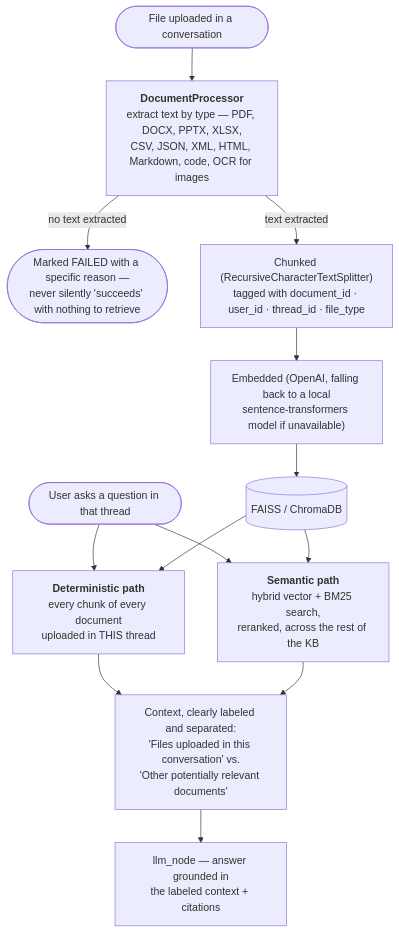
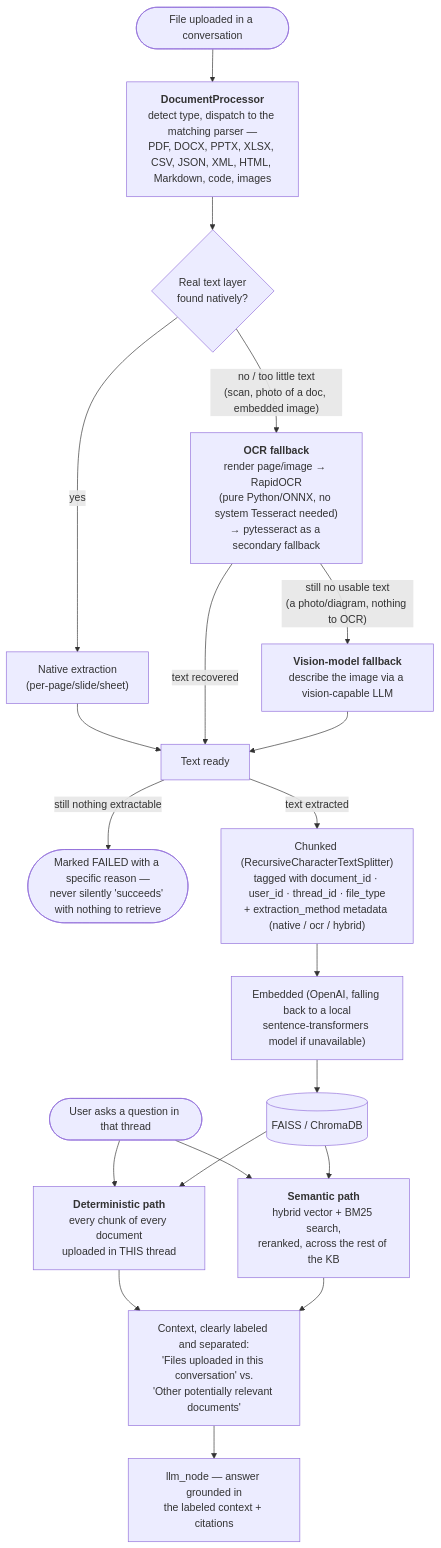
One commit to abduljaha/Lumina-Ai-Agent-Chatbot changed the third of 4 diagrams in README.md. Above: the diagram before and after it, drawn with Mermaid. The commit also changed other lines of this file and 64 other files, not shown here.

````diff
--- a/README.md
+++ b/README.md
@@ -128,17 +135,24 @@
 ```mermaid
 flowchart TD
-    UP(["File uploaded in a conversation"]) --> EXT["<b>DocumentProcessor</b><br/>extract text by type — PDF, DOCX, PPTX, XLSX,<br/>CSV, JSON, XML, HTML, Markdown, code, OCR for images"]
-    EXT -->|"no text extracted"| FAIL(["Marked FAILED with a specific reason —<br/>never silently 'succeeds' with nothing to retrieve"])
-    EXT -->|"text extracted"| CHUNK["Chunked (RecursiveCharacterTextSplitter)<br/>tagged with document_id · user_id · thread_id · file_type"]
+    UP(["File uploaded in a conversation"]) --> DETECT["<b>DocumentProcessor</b><br/>detect type, dispatch to the matching parser —<br/>PDF, DOCX, PPTX, XLSX, CSV, JSON, XML, HTML, Markdown, code, images"]
+    DETECT --> NATIVE{"Real text layer<br/>found natively?"}
+    NATIVE -->|"yes"| EXT["Native extraction<br/>(per-page/slide/sheet)"]
+    NATIVE -->|"no / too little text<br/>(scan, photo of a doc, embedded image)"| OCR["<b>OCR fallback</b><br/>render page/image → RapidOCR<br/>(pure Python/ONNX, no system Tesseract needed)<br/>→ pytesseract as a secondary fallback"]
+    OCR -->|"still no usable text<br/>(a photo/diagram, nothing to OCR)"| VISION["<b>Vision-model fallback</b><br/>describe the image via a vision-capable LLM"]
+    EXT --> GOTTEXT
+    OCR -->|"text recovered"| GOTTEXT["Text ready"]
+    VISION --> GOTTEXT
+    GOTTEXT -->|"still nothing extractable"| FAIL(["Marked FAILED with a specific reason —<br/>never silently 'succeeds' with nothing to retrieve"])
+    GOTTEXT -->|"text extracted"| CHUNK["Chunked (RecursiveCharacterTextSplitter)<br/>tagged with document_id · user_id · thread_id · file_type<br/>+ extraction_method metadata (native / ocr / hybrid)"]
     CHUNK --> EMBED["Embedded (OpenAI, falling back to a local<br/>sentence-transformers model if unavailable)"]
     EMBED --> STORE[("FAISS / ChromaDB")]
 
     Q(["User asks a question in that thread"]) --> DET["<b>Deterministic path</b><br/>every chunk of every document<br/>uploaded in THIS thread"]
     Q --> SEM["<b>Semantic path</b><br/>hybrid vector + BM25 search,<br/>reranked, across the rest of the KB"]
     STORE --> DET
     STORE --> SEM
 
     DET --> CTX["Context, clearly labeled and separated:<br/>'Files uploaded in this conversation' vs.<br/>'Other potentially relevant documents'"]
     SEM --> CTX
     CTX --> LLMC["llm_node — answer grounded in<br/>the labeled context + citations"]
 ```
````
